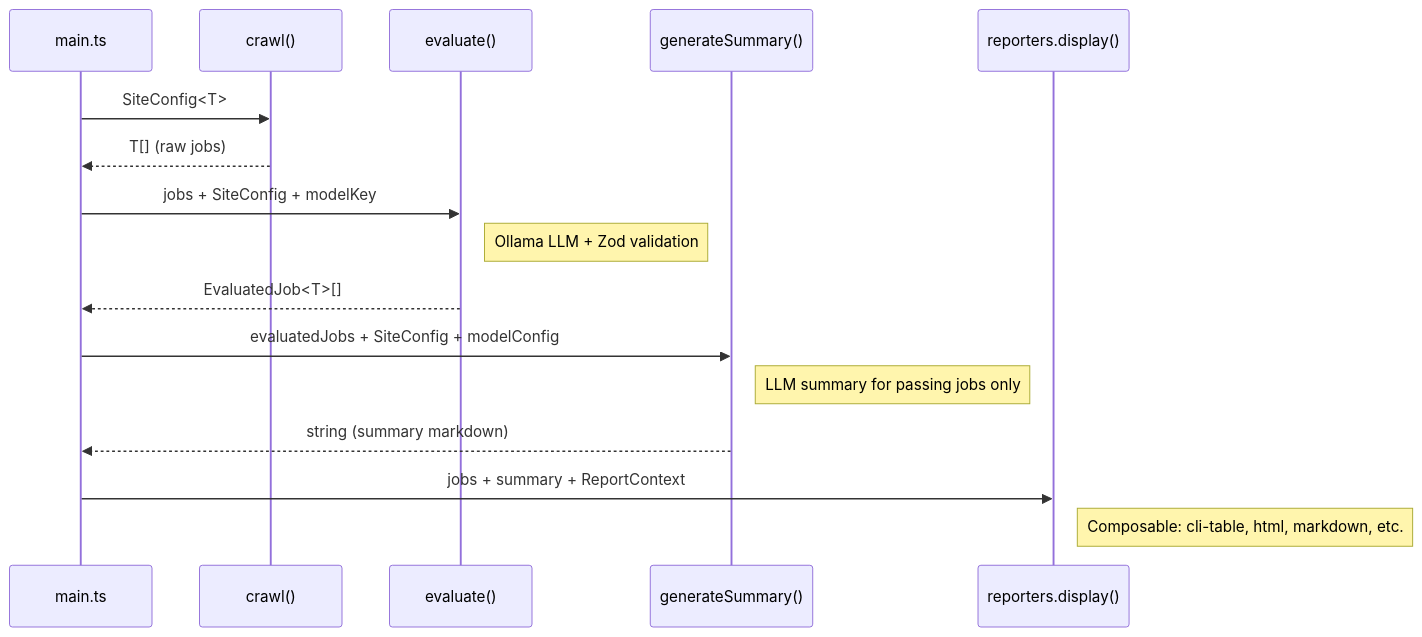
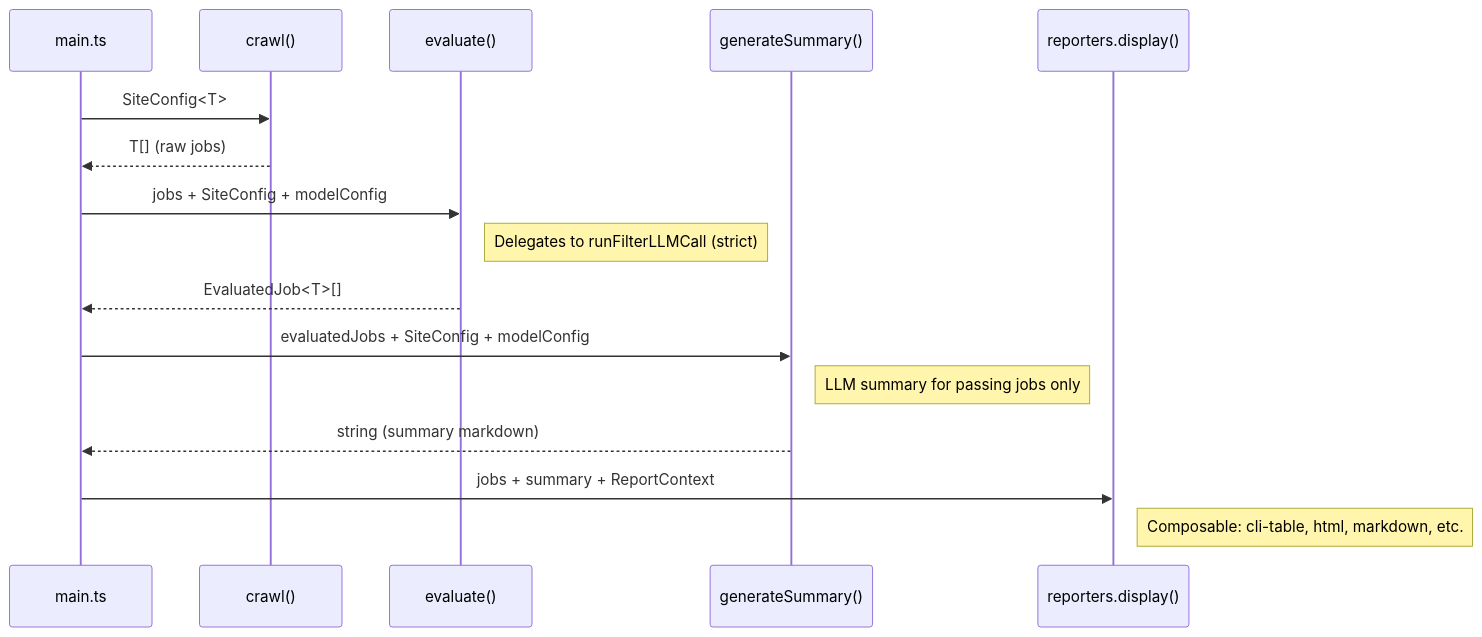
Before and after one commit to nightknighto/AI-powered-job-crawler: the diagram in src/pipeline/README.md, drawn with Mermaid. The commit also changed other lines of this file and 8 other files, not shown here.

Commit message:
refactor: unify filter stage's code across all of main, eval, and compare-models

````diff
--- a/src/pipeline/README.md
+++ b/src/pipeline/README.md
@@ -47,19 +59,19 @@
 ```mermaid
 sequenceDiagram
     participant main as main.ts
     participant crawl as crawl()
     participant evaluate as evaluate()
     participant summarize as generateSummary()
     participant reporters as reporters.display()
 
     main->>crawl: SiteConfig<T>
     crawl-->>main: T[] (raw jobs)
-    main->>evaluate: jobs + SiteConfig + modelKey
-    Note right of evaluate: Ollama LLM + Zod validation
+    main->>evaluate: jobs + SiteConfig + modelConfig
+    Note right of evaluate: Delegates to runFilterLLMCall (strict)
     evaluate-->>main: EvaluatedJob<T>[]
     main->>summarize: evaluatedJobs + SiteConfig + modelConfig
     Note right of summarize: LLM summary for passing jobs only
     summarize-->>main: string (summary markdown)
     main->>reporters: jobs + summary + ReportContext
     Note right of reporters: Composable: cli-table, html, markdown, etc.
 ```
````
